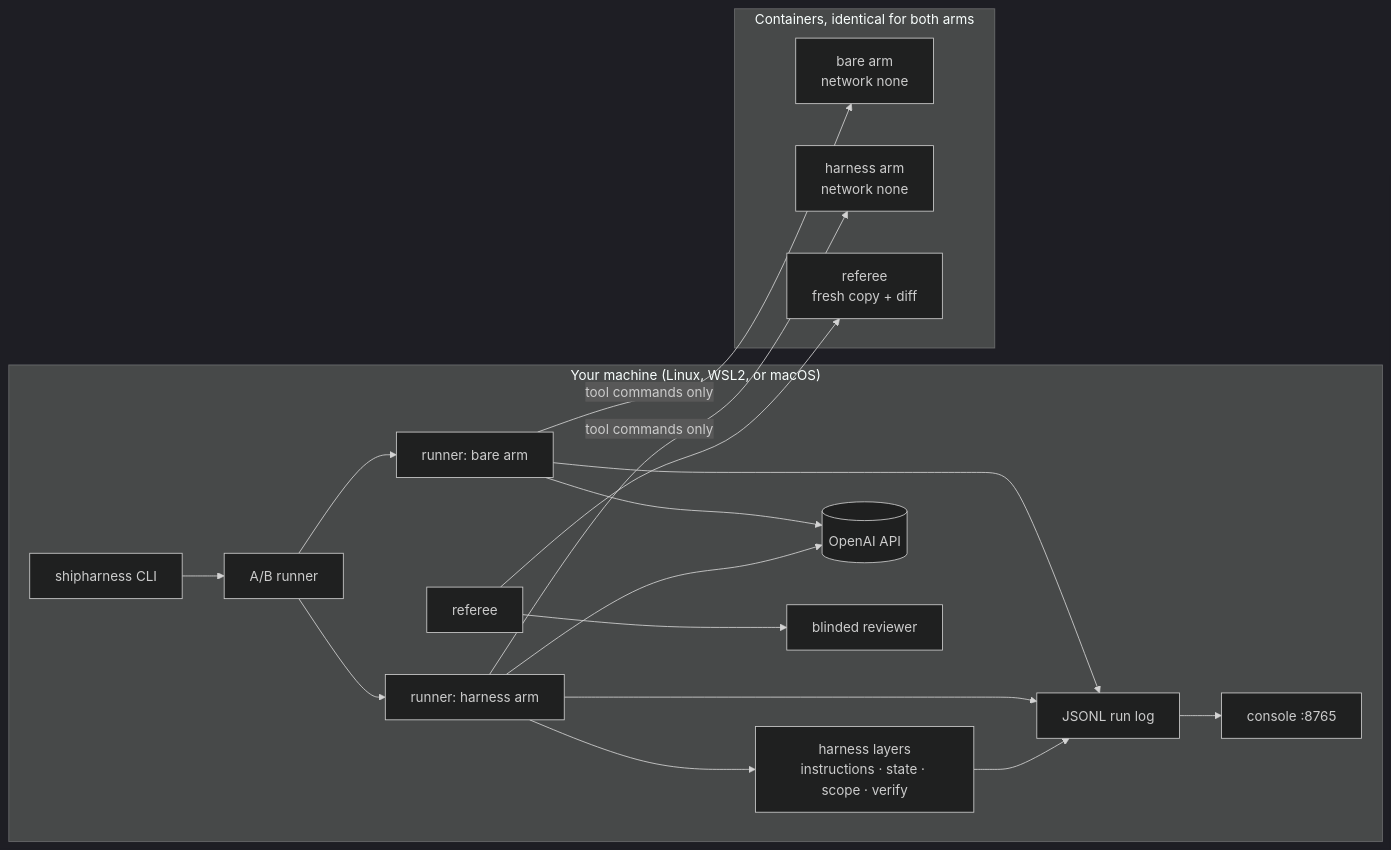
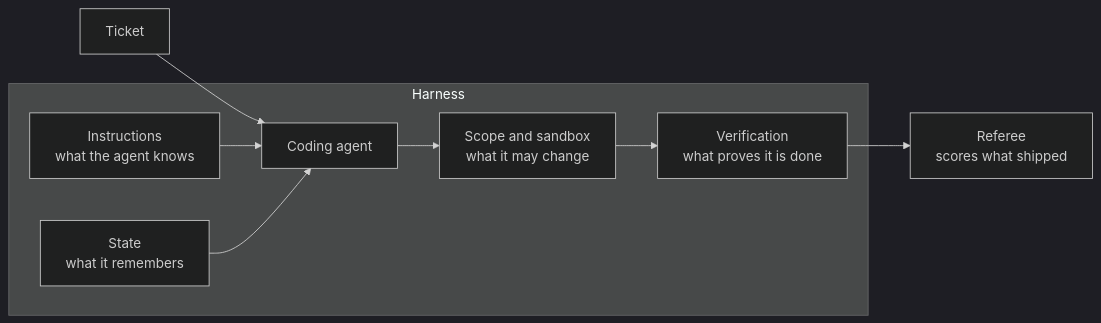
One commit to ANI-IN/shipharness-dev changed the diagram in README.md. Above: the diagram before and after it, drawn with Mermaid (dark theme). The commit also changed other lines of this file and 17 other files, not shown here.

````diff
--- a/README.md
+++ b/README.md
@@ -174,21 +58,11 @@
 ```mermaid
 flowchart LR
-  subgraph Host["Your machine (Linux, WSL2, or macOS)"]
-    CLI["shipharness CLI"] --> AB["A/B runner"]
-    AB --> RB["runner: bare arm"]
-    AB --> RH["runner: harness arm"]
-    RH --> L["harness layers<br/>instructions · state · scope · verify"]
-    RB & RH --> OAI[("OpenAI API")]
-    RB & RH & L --> LOG["JSONL run log"]
-    LOG --> CON["console :8765"]
-    REF["referee"] --> REV["blinded reviewer"]
+  T["Ticket"] --> A
+  subgraph H["Harness"]
+    I["Instructions<br/>what the agent knows"] --> A["Coding agent"]
+    S["State<br/>what it remembers"] --> A
+    A --> SC["Scope and sandbox<br/>what it may change"]
+    SC --> V["Verification<br/>what proves it is done"]
   end
-  subgraph Docker["Containers, identical for both arms"]
-    CB["bare arm<br/>network none"]
-    CH["harness arm<br/>network none"]
-    RC["referee<br/>fresh copy + diff"]
-  end
-  RB -- "tool commands only" --> CB
-  RH -- "tool commands only" --> CH
-  REF --> RC
+  V --> R["Referee<br/>scores what shipped"]
 ```
````
